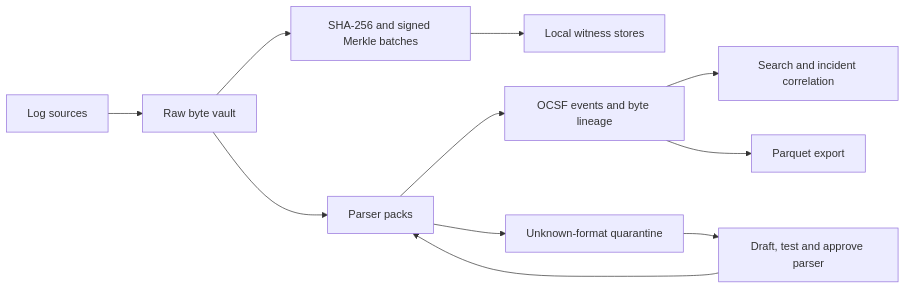
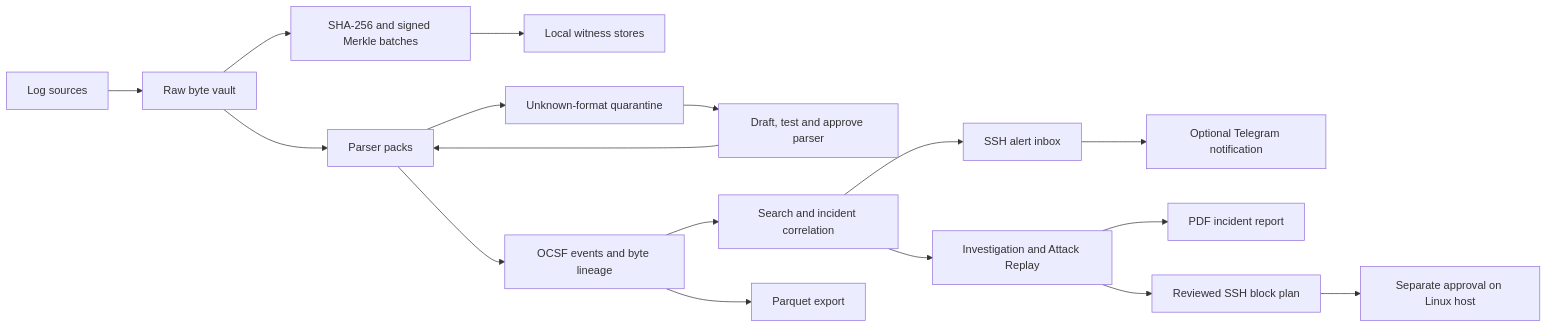
The diagram in README.md (parth171106/Anvaya), drawn with Mermaid before and after one commit. The commit also changed other lines of this file, not shown here.

````diff
--- a/README.md
+++ b/README.md
@@ -120,13 +169,19 @@
 ```mermaid
 flowchart LR
     A[Log sources] --> B[Raw byte vault]
     B --> C[SHA-256 and signed Merkle batches]
     C --> D[Local witness stores]
     B --> E[Parser packs]
     E --> F[OCSF events and byte lineage]
     E --> G[Unknown-format quarantine]
     G --> H[Draft, test and approve parser]
     H --> E
     F --> I[Search and incident correlation]
+    I --> K[Investigation and Attack Replay]
+    I --> L[SSH alert inbox]
+    L --> M[Optional Telegram notification]
+    K --> N[PDF incident report]
+    K --> O[Reviewed SSH block plan]
+    O --> P[Separate approval on Linux host]
     F --> J[Parquet export]
 ```
````
